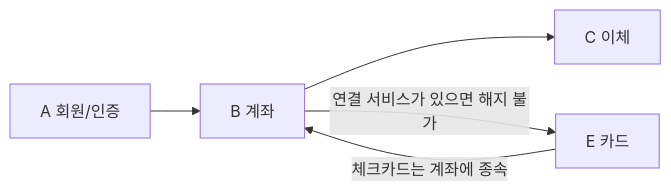
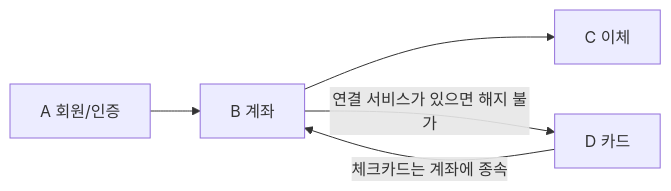
Before and after one commit to jimin3452-create/banking-web-app: the diagram in 은행앱_기능설계_취합.md, drawn with Mermaid. The commit also changed other lines of this file, not shown here.

````diff
--- a/은행앱_기능설계_취합.md
+++ b/은행앱_기능설계_취합.md
@@ -34,7 +34,7 @@
 ```mermaid
 flowchart LR
     A["A 회원/인증"] --> B["B 계좌"]
     B --> C["C 이체"]
-    E["E 카드"] -->|"체크카드는 계좌에 종속"| B
-    B -->|"연결 서비스가 있으면 해지 불가"| E
+    D["D 카드"] -->|"체크카드는 계좌에 종속"| B
+    B -->|"연결 서비스가 있으면 해지 불가"| D
 ```
````
